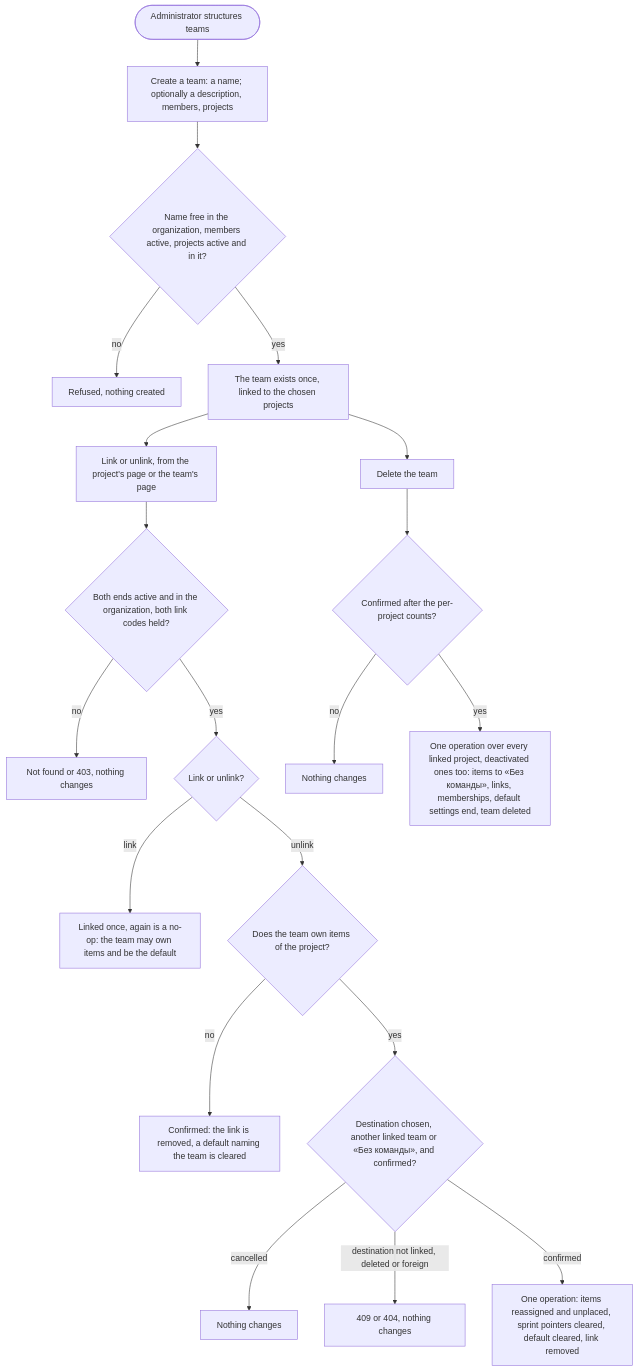
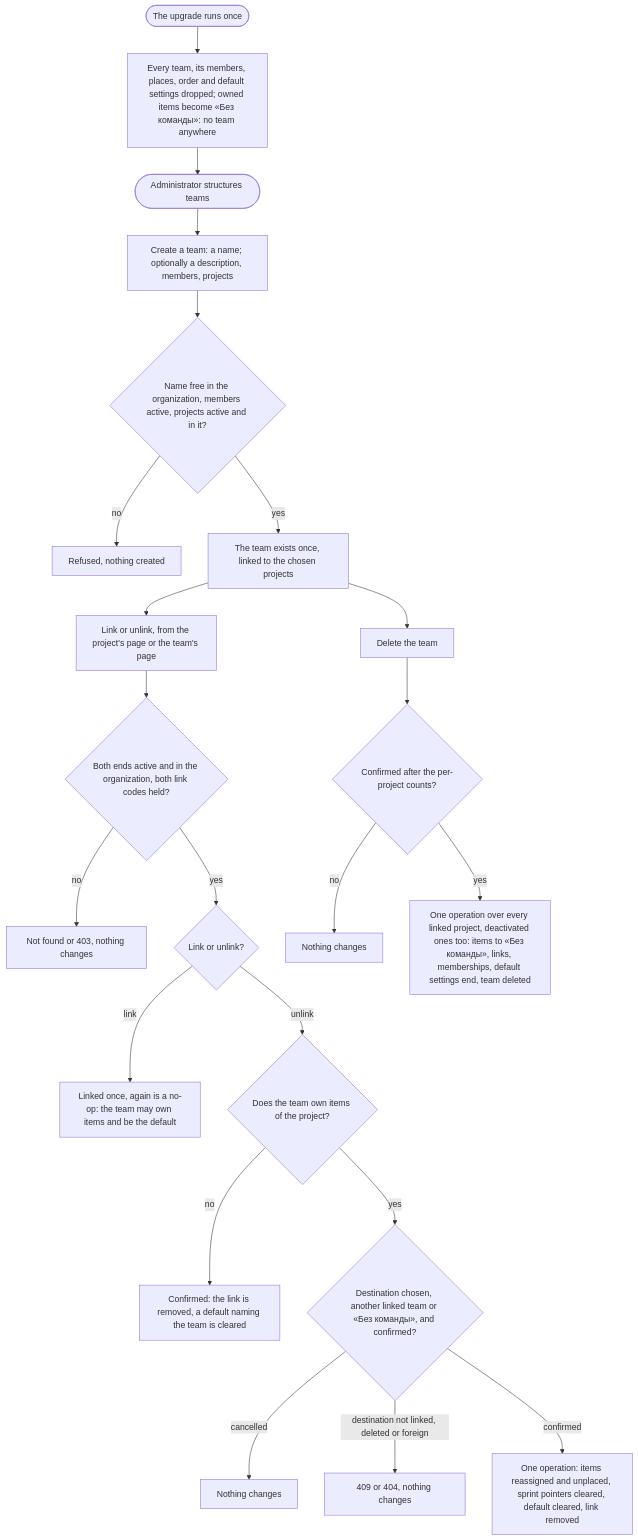
One commit to totKtoXam/mustask changed the diagram in docs/features/feat-028-org-level-teams/spec.md. Above: the diagram before and after it, drawn with Mermaid. The commit also changed other lines of this file and 3 other files, not shown here.

````diff
--- a/docs/features/feat-028-org-level-teams/spec.md
+++ b/docs/features/feat-028-org-level-teams/spec.md
@@ -38,22 +38,24 @@
 ```mermaid
 flowchart TD
+    G([The upgrade runs once]) --> G1[Every team, its members, places, order and default settings dropped; owned items become «Без команды»: no team anywhere]
+    G1 --> S
     S([Administrator structures teams]) --> C[Create a team: a name; optionally a description, members, projects]
     C --> C1{Name free in the organization, members active, projects active and in it?}
     C1 -->|no| C1x[Refused, nothing created]
     C1 -->|yes| L[The team exists once, linked to the chosen projects]
     L --> K[Link or unlink, from the project's page or the team's page]
     K --> K1{Both ends active and in the organization, both link codes held?}
     K1 -->|no| K1x[Not found or 403, nothing changes]
     K1 -->|yes| K2{Link or unlink?}
     K2 -->|link| K3[Linked once, again is a no-op: the team may own items and be the default]
     K2 -->|unlink| U1{Does the team own items of the project?}
     U1 -->|no| U3[Confirmed: the link is removed, a default naming the team is cleared]
     U1 -->|yes| U2{Destination chosen, another linked team or «Без команды», and confirmed?}
     U2 -->|cancelled| U2x[Nothing changes]
     U2 -->|destination not linked, deleted or foreign| U2y[409 or 404, nothing changes]
     U2 -->|confirmed| U4[One operation: items reassigned and unplaced, sprint pointers cleared, default cleared, link removed]
     L --> D[Delete the team]
     D --> D1{Confirmed after the per-project counts?}
     D1 -->|no| D1x[Nothing changes]
     D1 -->|yes| D2[One operation over every linked project, deactivated ones too: items to «Без команды», links, memberships, default settings end, team deleted]
 ```
````
